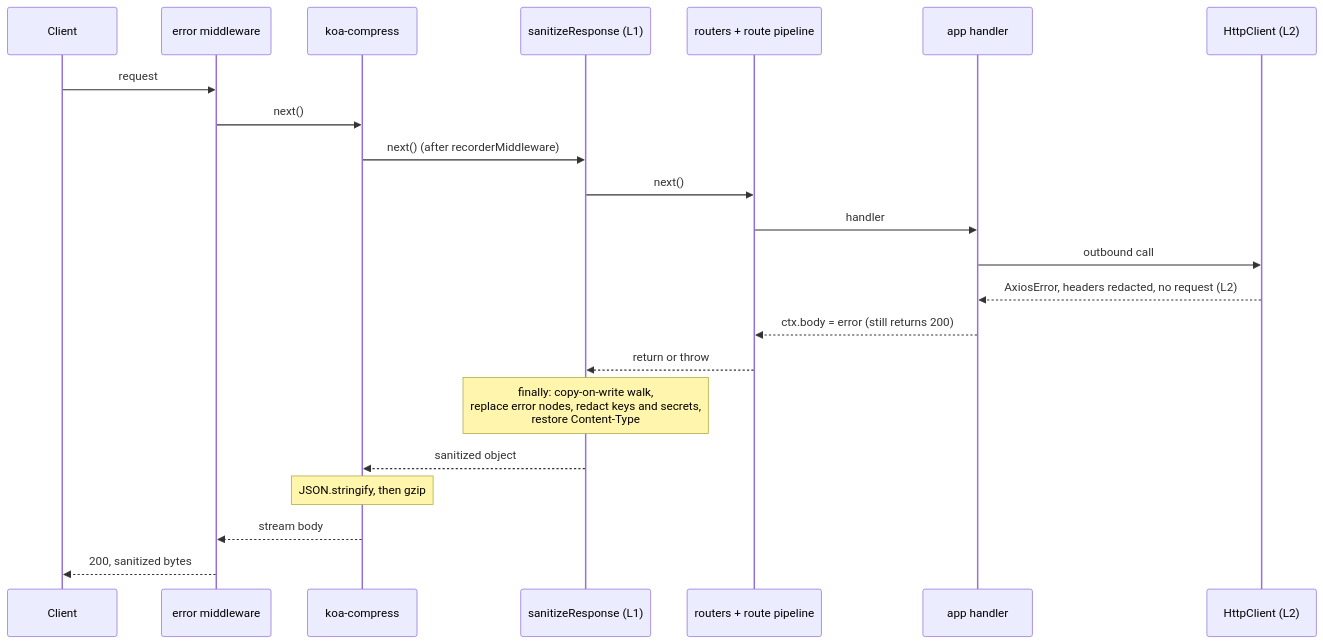
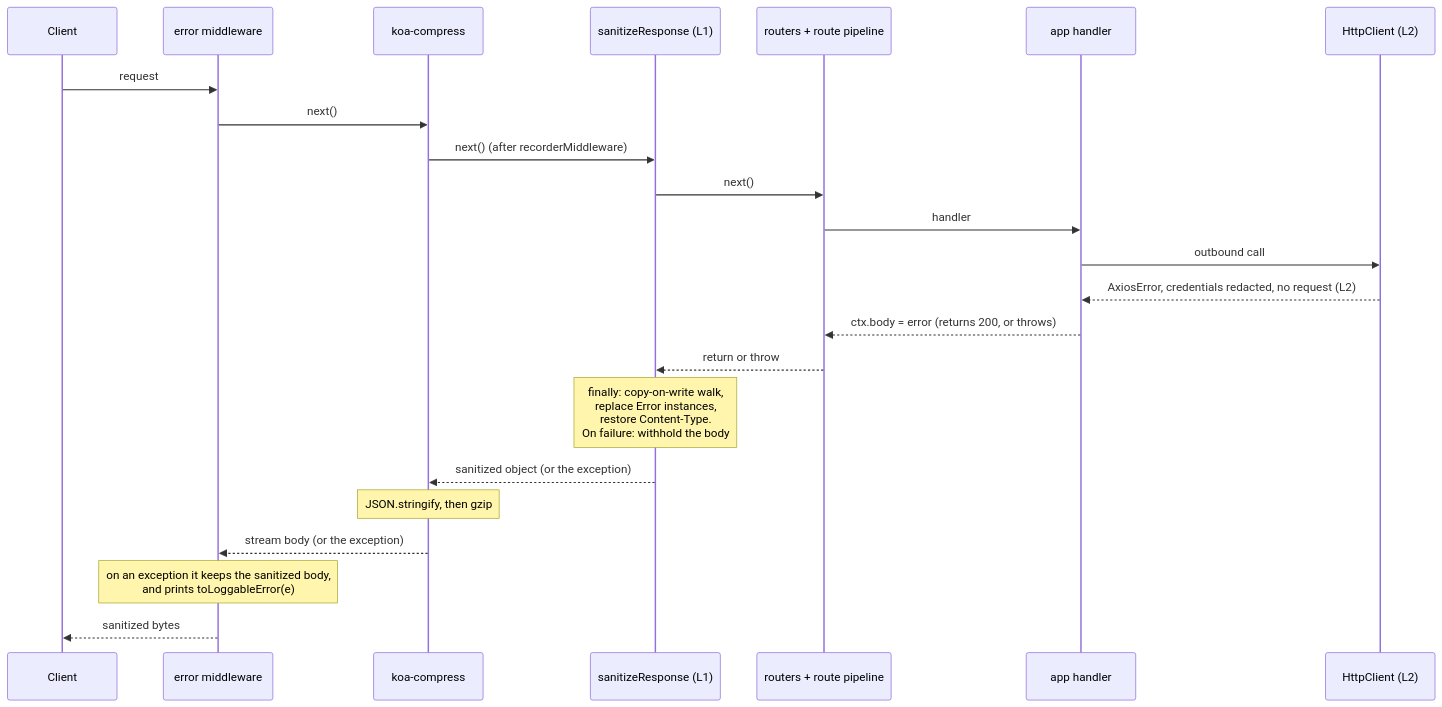
Before and after one commit to vtex/node-vtex-api: the diagram in specs/sanitize-response-body.md, drawn with Mermaid. The commit also changed other lines of this file, not shown here.

First line of the commit message:
docs(specs): incorporate security review into sanitize-response-body

````diff
--- a/specs/sanitize-response-body.md
+++ b/specs/sanitize-response-body.md
@@ -154,25 +211,26 @@
 ```mermaid
 sequenceDiagram
   participant Client
   participant Error as error middleware
   participant Compress as koa-compress
   participant Sanitize as sanitizeResponse (L1)
   participant Router as routers + route pipeline
   participant App as app handler
   participant HC as HttpClient (L2)
 
   Client->>Error: request
   Error->>Compress: next()
   Compress->>Sanitize: next() (after recorderMiddleware)
   Sanitize->>Router: next()
   Router->>App: handler
   App->>HC: outbound call
-  HC-->>App: AxiosError, headers redacted, no request (L2)
-  App-->>Router: ctx.body = error (still returns 200)
+  HC-->>App: AxiosError, credentials redacted, no request (L2)
+  App-->>Router: ctx.body = error (returns 200, or throws)
   Router-->>Sanitize: return or throw
-  Note over Sanitize: finally: copy-on-write walk,<br/>replace error nodes, redact keys and secrets,<br/>restore Content-Type
-  Sanitize-->>Compress: sanitized object
+  Note over Sanitize: finally: copy-on-write walk,<br/>replace Error instances,<br/>restore Content-Type.<br/>On failure: withhold the body
+  Sanitize-->>Compress: sanitized object (or the exception)
   Note over Compress: JSON.stringify, then gzip
-  Compress-->>Error: stream body
-  Error-->>Client: 200, sanitized bytes
+  Compress-->>Error: stream body (or the exception)
+  Note over Error: on an exception it keeps the sanitized body,<br/>and prints toLoggableError(e)
+  Error-->>Client: sanitized bytes
 ```
````
